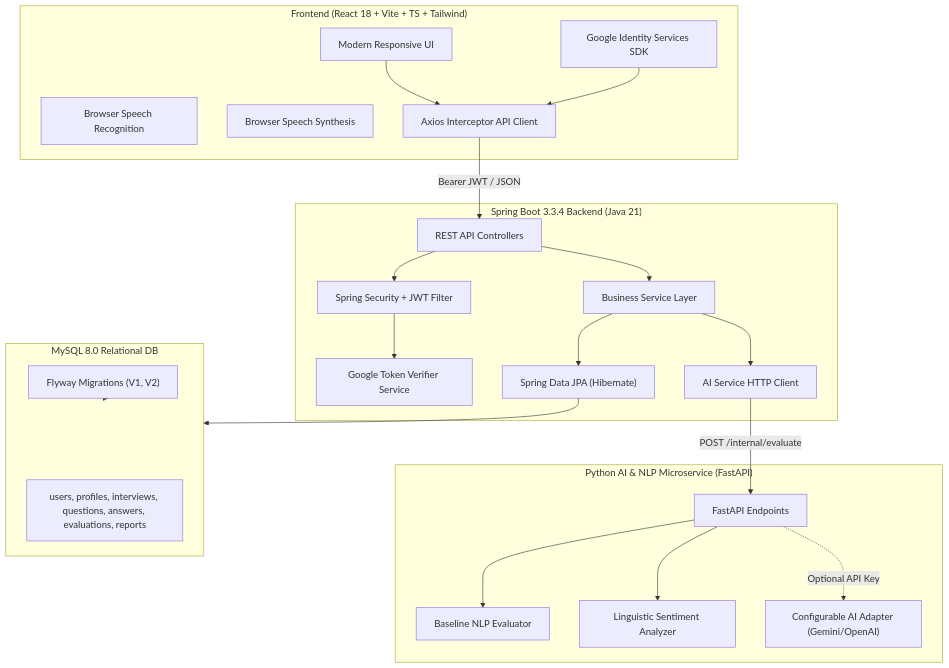
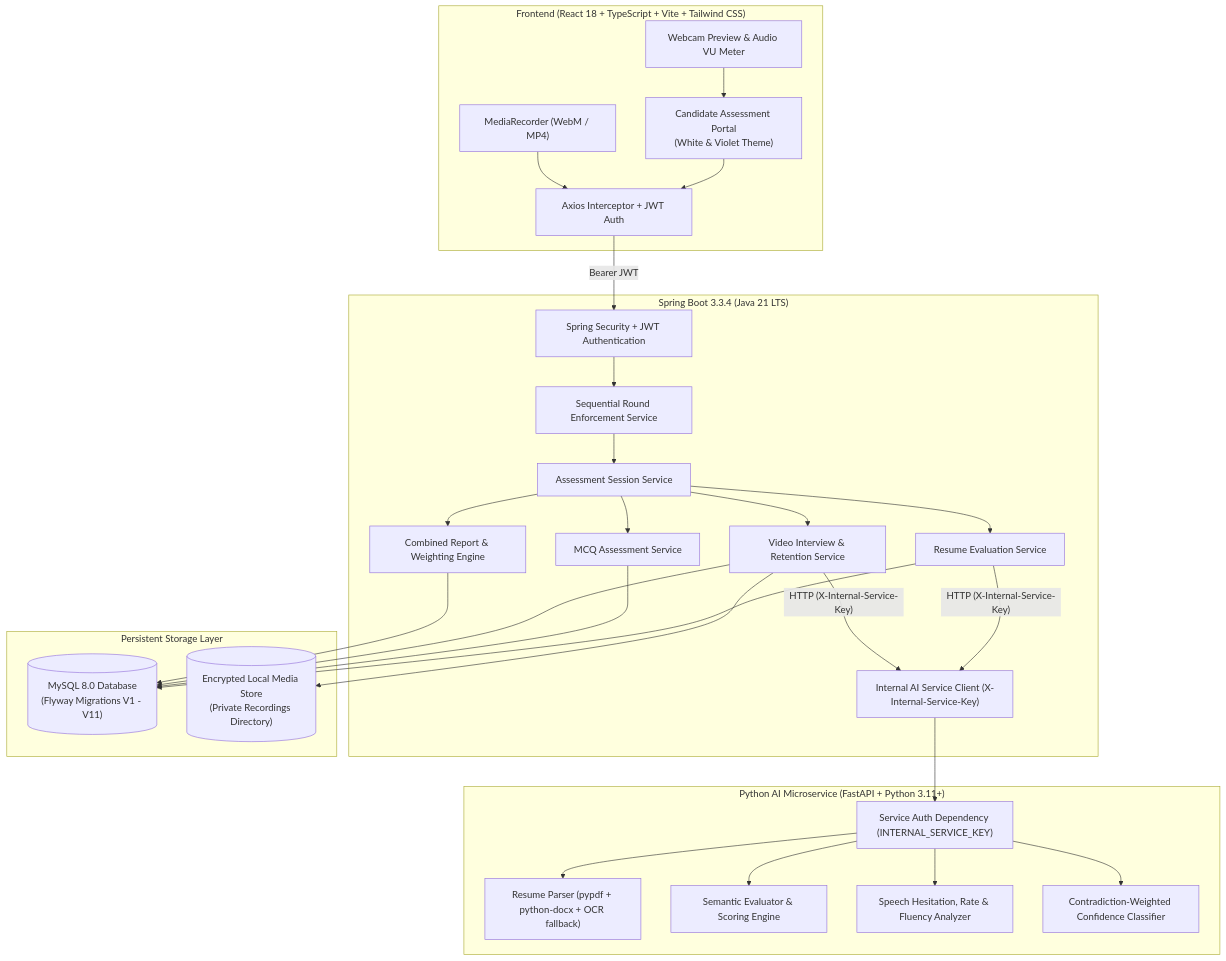
The first of 3 diagrams in README.md (mohanram154/interview), drawn with Mermaid before and after one commit. The commit also changed other lines of this file and 47 other files, not shown here.

Commit message:
feat: complete InterviewVerse integrated assessment platform with 3-round sequential workflow, speech analytics, confidence calibration, and combined reports

````diff
--- a/README.md
+++ b/README.md
@@ -42,46 +79,53 @@
 ```mermaid
 flowchart TD
-    subgraph Client ["Frontend (React 18 + Vite + TS + Tailwind)"]
-        UI["Modern Responsive UI"]
-        GSI["Google Identity Services SDK"]
-        SR["Browser Speech Recognition"]
-        SS["Browser Speech Synthesis"]
-        API_CLIENT["Axios Interceptor API Client"]
+    subgraph Client ["Frontend (React 18 + TypeScript + Vite + Tailwind CSS)"]
+        UI["Candidate Assessment Portal\n(White & Violet Theme)"]
+        CAM["Webcam Preview & Audio VU Meter"]
+        REC["MediaRecorder (WebM / MP4)"]
+        AXIOS["Axios Interceptor + JWT Auth"]
     end
 
-    subgraph Backend ["Spring Boot 3.3.4 Backend (Java 21)"]
-        SEC["Spring Security + JWT Filter"]
-        G_VERIFY["Google Token Verifier Service"]
-        CONTROLLER["REST API Controllers"]
-        SERVICE["Business Service Layer"]
-        AI_CLIENT["AI Service HTTP Client"]
-        JPA["Spring Data JPA (Hibernate)"]
+    subgraph Backend ["Spring Boot 3.3.4 (Java 21 LTS)"]
+        SEC["Spring Security + JWT Authentication"]
+        GATE["Sequential Round Enforcement Service"]
+        SESS["Assessment Session Service"]
+        RESUME["Resume Evaluation Service"]
+        MCQ["MCQ Assessment Service"]
+        VIDEO["Video Interview & Retention Service"]
+        REP["Combined Report & Weighting Engine"]
+        CLIENT["Internal AI Service Client (X-Internal-Service-Key)"]
     end
 
-    subgraph AIService ["Python AI & NLP Microservice (FastAPI)"]
-        FASTAPI["FastAPI Endpoints"]
-        BASE_EVAL["Baseline NLP Evaluator"]
-        SENTIMENT["Linguistic Sentiment Analyzer"]
-        EXT_AI["Configurable AI Adapter (Gemini/OpenAI)"]
+    subgraph AIService ["Python AI Microservice (FastAPI + Python 3.11+)"]
+        AUTH_MW["Service Auth Dependency (INTERNAL_SERVICE_KEY)"]
+        DOC_PARSE["Resume Parser (pypdf + python-docx + OCR fallback)"]
+        EVAL_ENG["Semantic Evaluator & Scoring Engine"]
+        SPEECH["Speech Hesitation, Rate & Fluency Analyzer"]
+        CALIB["Contradiction-Weighted Confidence Classifier"]
     end
 
-    subgraph Database ["MySQL 8.0 Relational DB"]
-        FLYWAY["Flyway Migrations (V1, V2)"]
-        TABLES["users, profiles, interviews, questions, answers, evaluations, reports"]
+    subgraph Storage ["Persistent Storage Layer"]
+        MYSQL[("MySQL 8.0 Database\n(Flyway Migrations V1 - V11)")]
+        MEDIA[("Encrypted Local Media Store\n(Private Recordings Directory)")]
     end
 
-    UI --> API_CLIENT
-    GSI --> API_CLIENT
-    API_CLIENT -- "Bearer JWT / JSON" --> CONTROLLER
-    CONTROLLER --> SEC
-    SEC --> G_VERIFY
-    CONTROLLER --> SERVICE
-    SERVICE --> JPA
-    SERVICE --> AI_CLIENT
-    JPA --> Database
-    FLYWAY --> Database
-    AI_CLIENT -- "POST /internal/evaluate" --> FASTAPI
-    FASTAPI --> BASE_EVAL
-    FASTAPI --> SENTIMENT
-    FASTAPI -. "Optional API Key" .-> EXT_AI
+    UI --> AXIOS
+    CAM --> UI
+    REC --> AXIOS
+    AXIOS -- "Bearer JWT" --> SEC
+    SEC --> GATE
+    GATE --> SESS
+    SESS --> RESUME
+    SESS --> MCQ
+    SESS --> VIDEO
+    SESS --> REP
+    RESUME & MCQ & VIDEO & REP --> MYSQL
+    VIDEO --> MEDIA
+
+    RESUME & VIDEO -- "HTTP (X-Internal-Service-Key)" --> CLIENT
+    CLIENT --> AUTH_MW
+    AUTH_MW --> DOC_PARSE
+    AUTH_MW --> EVAL_ENG
+    AUTH_MW --> SPEECH
+    AUTH_MW --> CALIB
 ```
````
